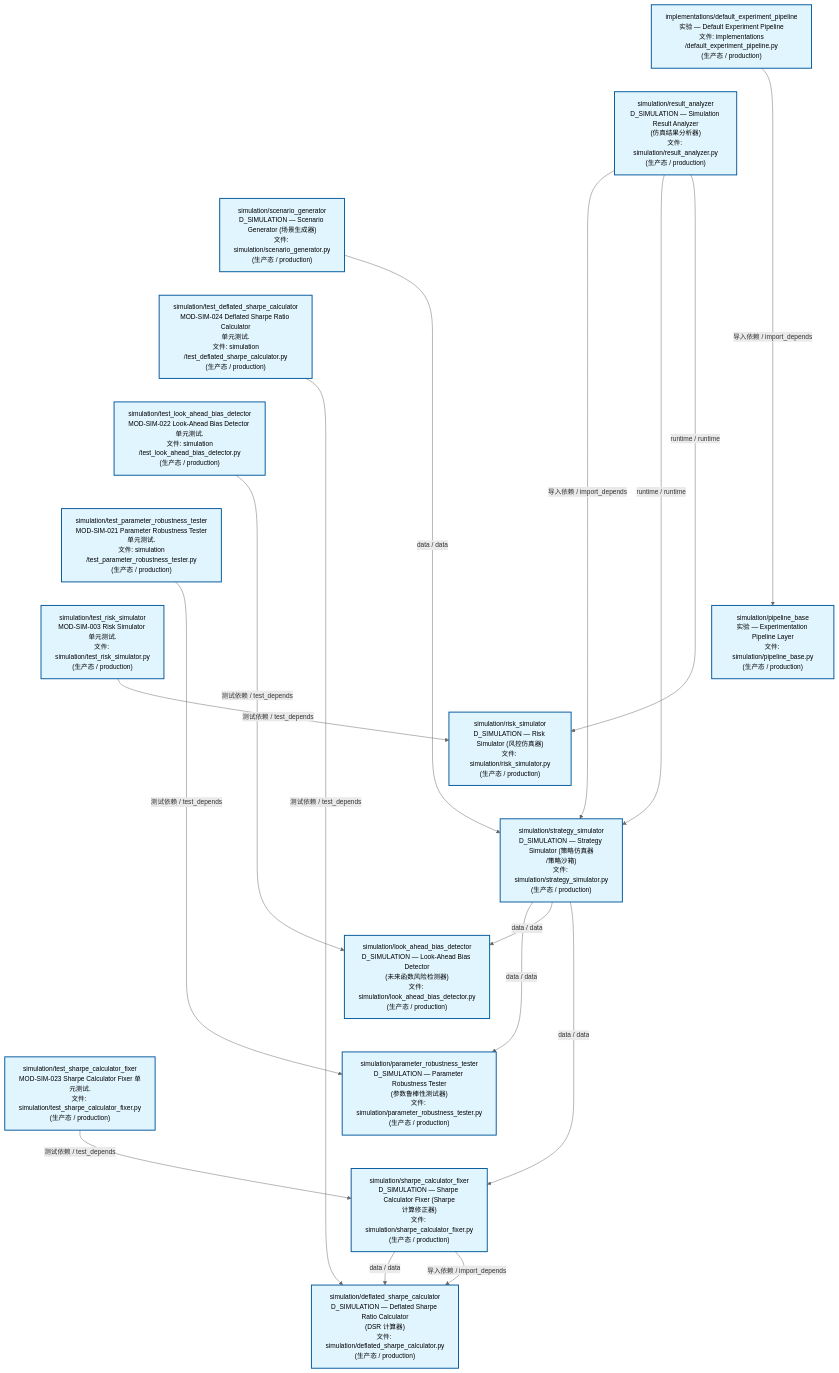
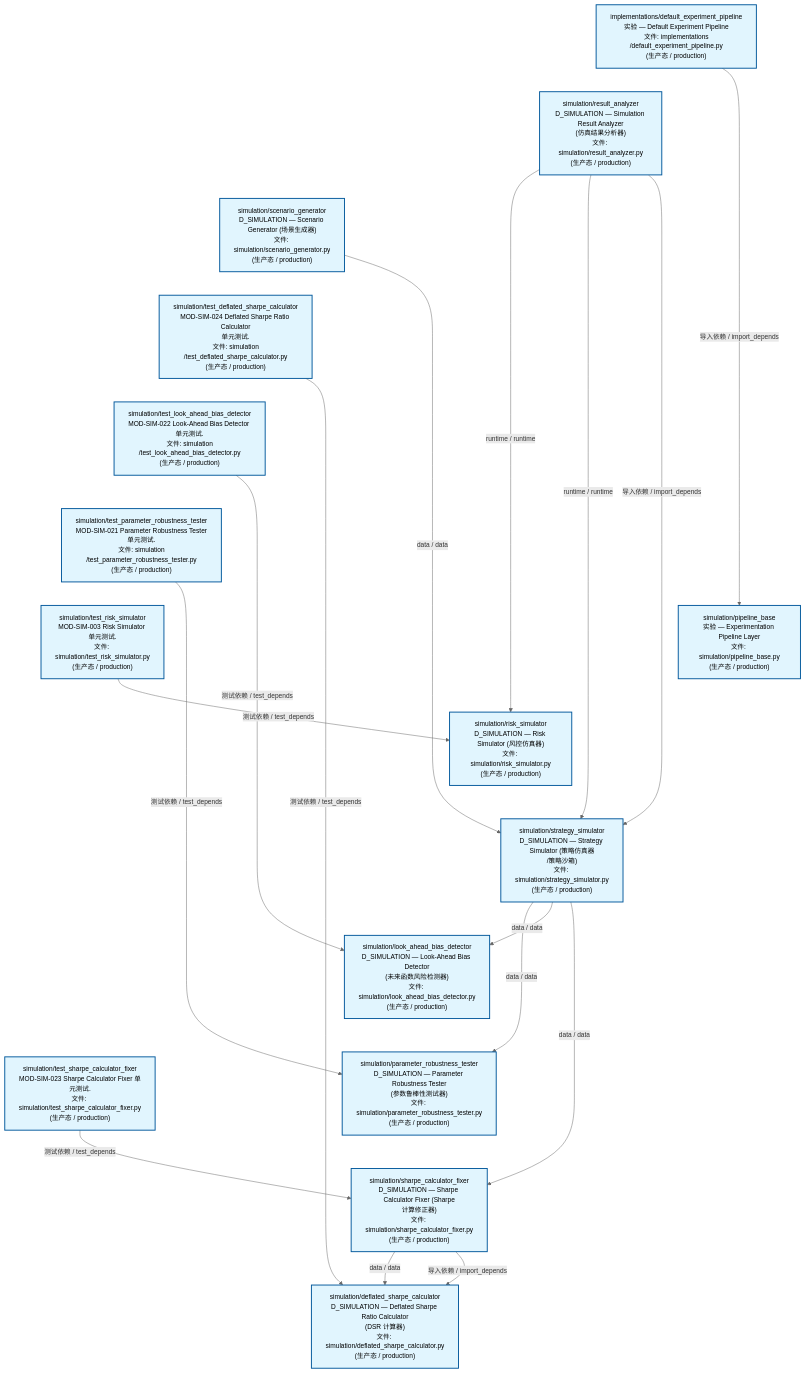
The second of 3 diagrams in docs/02_enterprise_architecture/02_domain_architecture_docs/70_d_simulation.md (xuanFelixVan/ZephyrAlpha), drawn with Mermaid before and after one commit. The commit also changed other lines of this file and 44 other files, not shown here.

````diff
--- a/docs/02_enterprise_architecture/02_domain_architecture_docs/70_d_simulation.md
+++ b/docs/02_enterprise_architecture/02_domain_architecture_docs/70_d_simulation.md
@@ -120,50 +120,50 @@
 ```mermaid
 %%{init: {'theme': 'base', 'themeVariables': {'primaryColor': '#eaeaea', 'primaryTextColor': '#333333', 'primaryBorderColor': '#666666', 'lineColor': '#666666', 'secondaryColor': '#eaeaea', 'tertiaryColor': '#eaeaea', 'fontSize': '14px'}}}%%
 flowchart TD
     src_zephyr_simulation_implementations_default_experiment_pipeline_py["implementations/default_experiment_pipeline<br/>实验 — Default Experiment Pipeline<br/>文件: implementations<br/>/default_experiment_pipeline.py<br/>(生产态 / production)"]
     src_zephyr_simulation_result_analyzer_py["simulation/result_analyzer<br/>D_SIMULATION — Simulation Result Analyzer<br/>(仿真结果分析器)<br/>文件: simulation/result_analyzer.py<br/>(生产态 / production)"]
     src_zephyr_simulation_scenario_generator_py["simulation/scenario_generator<br/>D_SIMULATION — Scenario Generator (场景生成器)<br/>文件: simulation/scenario_generator.py<br/>(生产态 / production)"]
     tests_simulation_test_deflated_sharpe_calculator_py["simulation/test_deflated_sharpe_calculator<br/>MOD-SIM-024 Deflated Sharpe Ratio Calculator<br/>单元测试.<br/>文件: simulation<br/>/test_deflated_sharpe_calculator.py<br/>(生产态 / production)"]
     tests_simulation_test_look_ahead_bias_detector_py["simulation/test_look_ahead_bias_detector<br/>MOD-SIM-022 Look-Ahead Bias Detector 单元测试.<br/>文件: simulation<br/>/test_look_ahead_bias_detector.py<br/>(生产态 / production)"]
     tests_simulation_test_parameter_robustness_tester_py["simulation/test_parameter_robustness_tester<br/>MOD-SIM-021 Parameter Robustness Tester<br/>单元测试.<br/>文件: simulation<br/>/test_parameter_robustness_tester.py<br/>(生产态 / production)"]
     tests_simulation_test_risk_simulator_py["simulation/test_risk_simulator<br/>MOD-SIM-003 Risk Simulator 单元测试.<br/>文件: simulation/test_risk_simulator.py<br/>(生产态 / production)"]
     tests_simulation_test_sharpe_calculator_fixer_py["simulation/test_sharpe_calculator_fixer<br/>MOD-SIM-023 Sharpe Calculator Fixer 单元测试.<br/>文件: simulation/test_sharpe_calculator_fixer.py<br/>(生产态 / production)"]
     src_zephyr_simulation_implementations_default_experiment_pipeline_py ~~~ src_zephyr_simulation_result_analyzer_py
     src_zephyr_simulation_result_analyzer_py ~~~ src_zephyr_simulation_scenario_generator_py
     src_zephyr_simulation_scenario_generator_py ~~~ tests_simulation_test_deflated_sharpe_calculator_py
     tests_simulation_test_deflated_sharpe_calculator_py ~~~ tests_simulation_test_look_ahead_bias_detector_py
     tests_simulation_test_look_ahead_bias_detector_py ~~~ tests_simulation_test_parameter_robustness_tester_py
     tests_simulation_test_parameter_robustness_tester_py ~~~ tests_simulation_test_risk_simulator_py
     tests_simulation_test_risk_simulator_py ~~~ tests_simulation_test_sharpe_calculator_fixer_py
     src_zephyr_simulation_pipeline_base_py["simulation/pipeline_base<br/>实验 — Experimentation Pipeline Layer<br/>文件: simulation/pipeline_base.py<br/>(生产态 / production)"]
     src_zephyr_simulation_risk_simulator_py["simulation/risk_simulator<br/>D_SIMULATION — Risk Simulator (风控仿真器)<br/>文件: simulation/risk_simulator.py<br/>(生产态 / production)"]
     src_zephyr_simulation_strategy_simulator_py["simulation/strategy_simulator<br/>D_SIMULATION — Strategy Simulator (策略仿真器<br/>/策略沙箱)<br/>文件: simulation/strategy_simulator.py<br/>(生产态 / production)"]
     src_zephyr_simulation_pipeline_base_py ~~~ src_zephyr_simulation_risk_simulator_py
     src_zephyr_simulation_risk_simulator_py ~~~ src_zephyr_simulation_strategy_simulator_py
     src_zephyr_simulation_look_ahead_bias_detector_py["simulation/look_ahead_bias_detector<br/>D_SIMULATION — Look-Ahead Bias Detector<br/>(未来函数风险检测器)<br/>文件: simulation/look_ahead_bias_detector.py<br/>(生产态 / production)"]
     src_zephyr_simulation_parameter_robustness_tester_py["simulation/parameter_robustness_tester<br/>D_SIMULATION — Parameter Robustness Tester<br/>(参数鲁棒性测试器)<br/>文件: simulation/parameter_robustness_tester.py<br/>(生产态 / production)"]
     src_zephyr_simulation_sharpe_calculator_fixer_py["simulation/sharpe_calculator_fixer<br/>D_SIMULATION — Sharpe Calculator Fixer (Sharpe<br/>计算修正器)<br/>文件: simulation/sharpe_calculator_fixer.py<br/>(生产态 / production)"]
     src_zephyr_simulation_look_ahead_bias_detector_py ~~~ src_zephyr_simulation_parameter_robustness_tester_py
     src_zephyr_simulation_parameter_robustness_tester_py ~~~ src_zephyr_simulation_sharpe_calculator_fixer_py
     src_zephyr_simulation_deflated_sharpe_calculator_py["simulation/deflated_sharpe_calculator<br/>D_SIMULATION — Deflated Sharpe Ratio Calculator<br/>(DSR 计算器)<br/>文件: simulation/deflated_sharpe_calculator.py<br/>(生产态 / production)"]
+    src_zephyr_simulation_result_analyzer_py -->|runtime / runtime| src_zephyr_simulation_risk_simulator_py
+    src_zephyr_simulation_result_analyzer_py -->|runtime / runtime| src_zephyr_simulation_strategy_simulator_py
     src_zephyr_simulation_result_analyzer_py -->|导入依赖 / import_depends| src_zephyr_simulation_strategy_simulator_py
-    src_zephyr_simulation_result_analyzer_py -->|runtime / runtime| src_zephyr_simulation_strategy_simulator_py
-    src_zephyr_simulation_result_analyzer_py -->|runtime / runtime| src_zephyr_simulation_risk_simulator_py
+    src_zephyr_simulation_scenario_generator_py -->|data / data| src_zephyr_simulation_strategy_simulator_py
+    src_zephyr_simulation_sharpe_calculator_fixer_py -->|data / data| src_zephyr_simulation_deflated_sharpe_calculator_py
+    src_zephyr_simulation_sharpe_calculator_fixer_py -->|导入依赖 / import_depends| src_zephyr_simulation_deflated_sharpe_calculator_py
     src_zephyr_simulation_strategy_simulator_py -->|data / data| src_zephyr_simulation_parameter_robustness_tester_py
     src_zephyr_simulation_strategy_simulator_py -->|data / data| src_zephyr_simulation_look_ahead_bias_detector_py
     src_zephyr_simulation_strategy_simulator_py -->|data / data| src_zephyr_simulation_sharpe_calculator_fixer_py
-    src_zephyr_simulation_scenario_generator_py -->|data / data| src_zephyr_simulation_strategy_simulator_py
-    src_zephyr_simulation_sharpe_calculator_fixer_py -->|data / data| src_zephyr_simulation_deflated_sharpe_calculator_py
-    src_zephyr_simulation_sharpe_calculator_fixer_py -->|导入依赖 / import_depends| src_zephyr_simulation_deflated_sharpe_calculator_py
     src_zephyr_simulation_implementations_default_experiment_pipeline_py -->|导入依赖 / import_depends| src_zephyr_simulation_pipeline_base_py
+    tests_simulation_test_look_ahead_bias_detector_py -->|测试依赖 / test_depends| src_zephyr_simulation_look_ahead_bias_detector_py
+    tests_simulation_test_deflated_sharpe_calculator_py -->|测试依赖 / test_depends| src_zephyr_simulation_deflated_sharpe_calculator_py
     tests_simulation_test_parameter_robustness_tester_py -->|测试依赖 / test_depends| src_zephyr_simulation_parameter_robustness_tester_py
-    tests_simulation_test_deflated_sharpe_calculator_py -->|测试依赖 / test_depends| src_zephyr_simulation_deflated_sharpe_calculator_py
     tests_simulation_test_sharpe_calculator_fixer_py -->|测试依赖 / test_depends| src_zephyr_simulation_sharpe_calculator_fixer_py
-    tests_simulation_test_look_ahead_bias_detector_py -->|测试依赖 / test_depends| src_zephyr_simulation_look_ahead_bias_detector_py
     tests_simulation_test_risk_simulator_py -->|测试依赖 / test_depends| src_zephyr_simulation_risk_simulator_py
     classDef production fill:#e1f5fe,stroke:#01579b,stroke-width:2px,color:#000
     classDef design fill:#fff3e0,stroke:#e65100,stroke-width:2px,color:#000,stroke-dasharray: 5 5
     classDef external_prod fill:#e8f4fd,stroke:#0277bd,stroke-width:1px,color:#000
     classDef external_design fill:#fff8e7,stroke:#ef6c00,stroke-width:1px,color:#000,stroke-dasharray: 5 5
     class src_zephyr_simulation_deflated_sharpe_calculator_py,src_zephyr_simulation_implementations_default_experiment_pipeline_py,src_zephyr_simulation_look_ahead_bias_detector_py,src_zephyr_simulation_parameter_robustness_tester_py,src_zephyr_simulation_pipeline_base_py,src_zephyr_simulation_result_analyzer_py,src_zephyr_simulation_risk_simulator_py,src_zephyr_simulation_scenario_generator_py,src_zephyr_simulation_sharpe_calculator_fixer_py,src_zephyr_simulation_strategy_simulator_py,tests_simulation_test_deflated_sharpe_calculator_py,tests_simulation_test_look_ahead_bias_detector_py,tests_simulation_test_parameter_robustness_tester_py,tests_simulation_test_risk_simulator_py,tests_simulation_test_sharpe_calculator_fixer_py production
 ```
````
